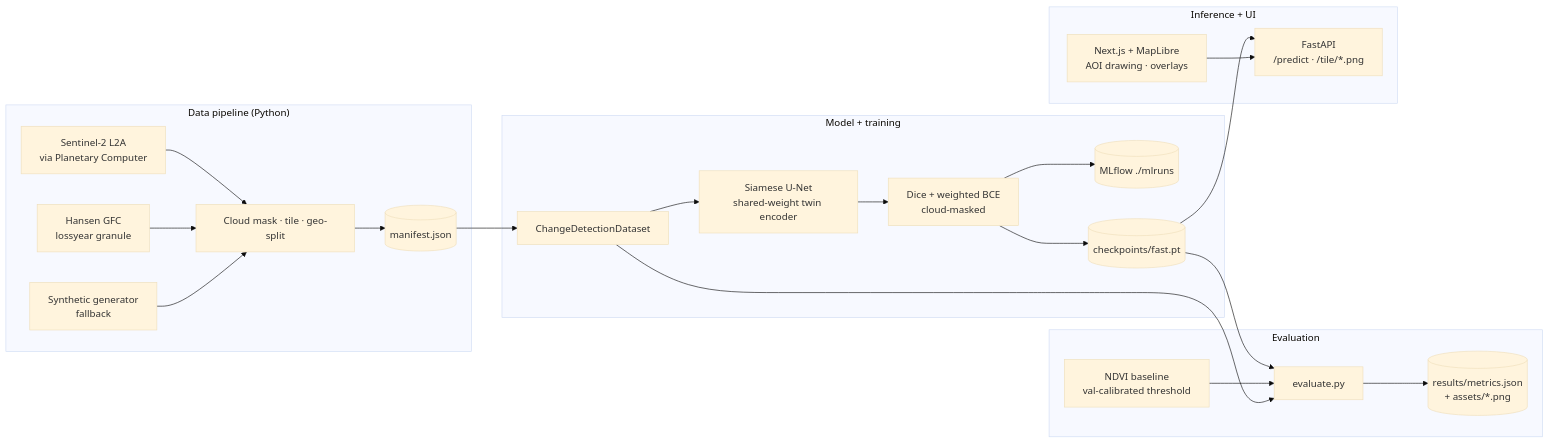
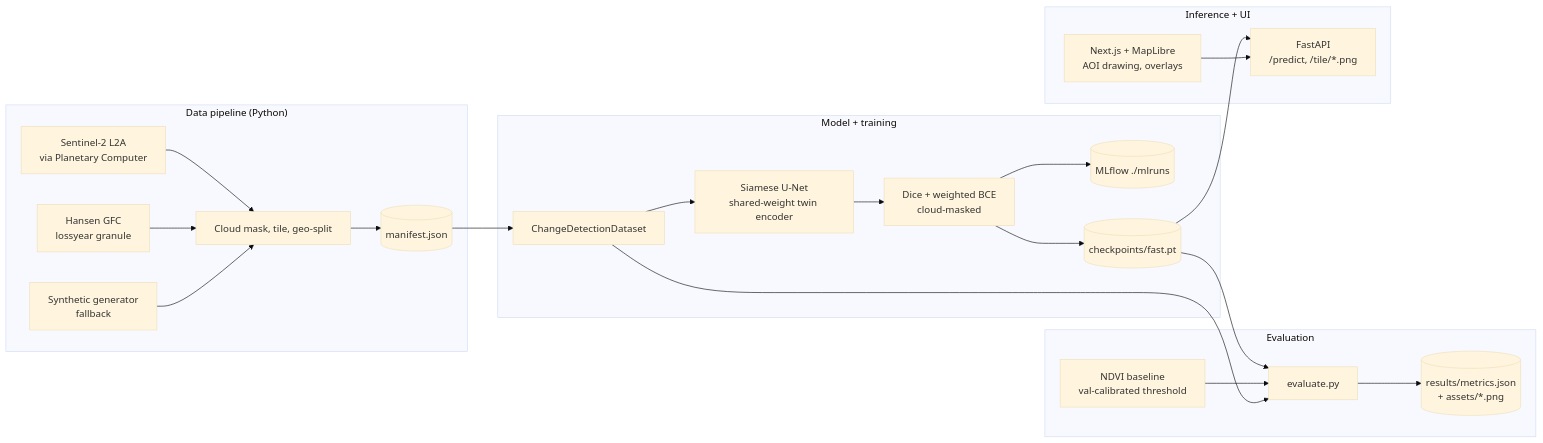
One commit to joshuacowellcay/terratrace changed the diagram in README.md. Above: the diagram before and after it, drawn with Mermaid (base theme). The commit also changed other lines of this file and 2 other files, not shown here.

````diff
--- a/README.md
+++ b/README.md
@@ -70,42 +68,42 @@
 ```mermaid
 flowchart LR
   subgraph data["Data pipeline (Python)"]
     STAC[Sentinel-2 L2A<br/>via Planetary Computer]
     HANSEN[Hansen GFC<br/>lossyear granule]
     SYN[Synthetic generator<br/>fallback]
-    PIPE[Cloud mask · tile · geo-split]
+    PIPE[Cloud mask, tile, geo-split]
     MAN[(manifest.json)]
     STAC --> PIPE
     HANSEN --> PIPE
     SYN --> PIPE
     PIPE --> MAN
   end
 
   subgraph model["Model + training"]
     DS[ChangeDetectionDataset]
     UNET[Siamese U-Net<br/>shared-weight twin encoder]
     LOSS[Dice + weighted BCE<br/>cloud-masked]
     MLF[(MLflow ./mlruns)]
     CKPT[(checkpoints/fast.pt)]
     DS --> UNET --> LOSS --> CKPT
     LOSS --> MLF
     MAN --> DS
   end
 
   subgraph eval["Evaluation"]
     EVAL[evaluate.py]
     NDVI[NDVI baseline<br/>val-calibrated threshold]
     REPORT[(results/metrics.json<br/>+ assets/*.png)]
     CKPT --> EVAL
     NDVI --> EVAL
     DS --> EVAL
     EVAL --> REPORT
   end
 
   subgraph serve["Inference + UI"]
-    API[FastAPI<br/>/predict · /tile/*.png]
-    UI[Next.js + MapLibre<br/>AOI drawing · overlays]
+    API[FastAPI<br/>/predict, /tile/*.png]
+    UI[Next.js + MapLibre<br/>AOI drawing, overlays]
     CKPT --> API
     UI --> API
   end
 ```
````
